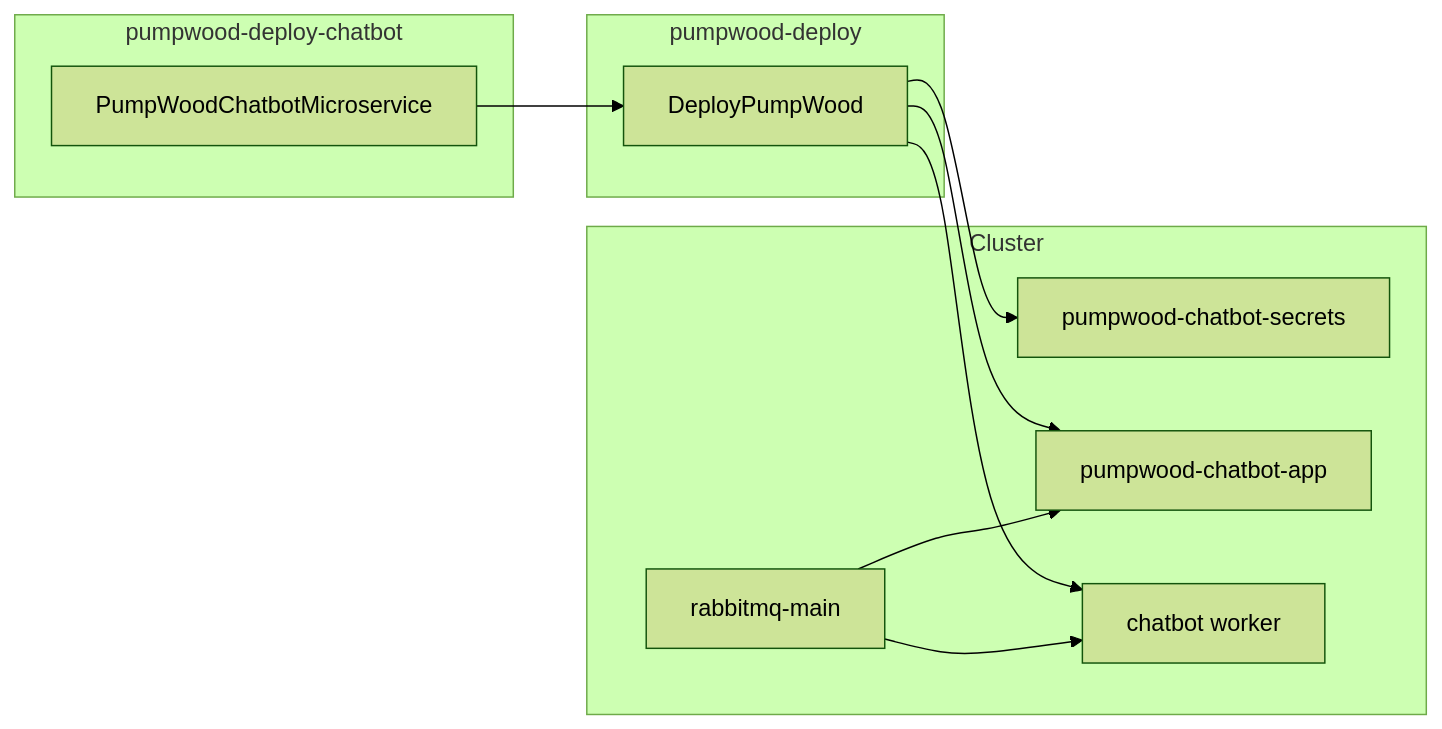
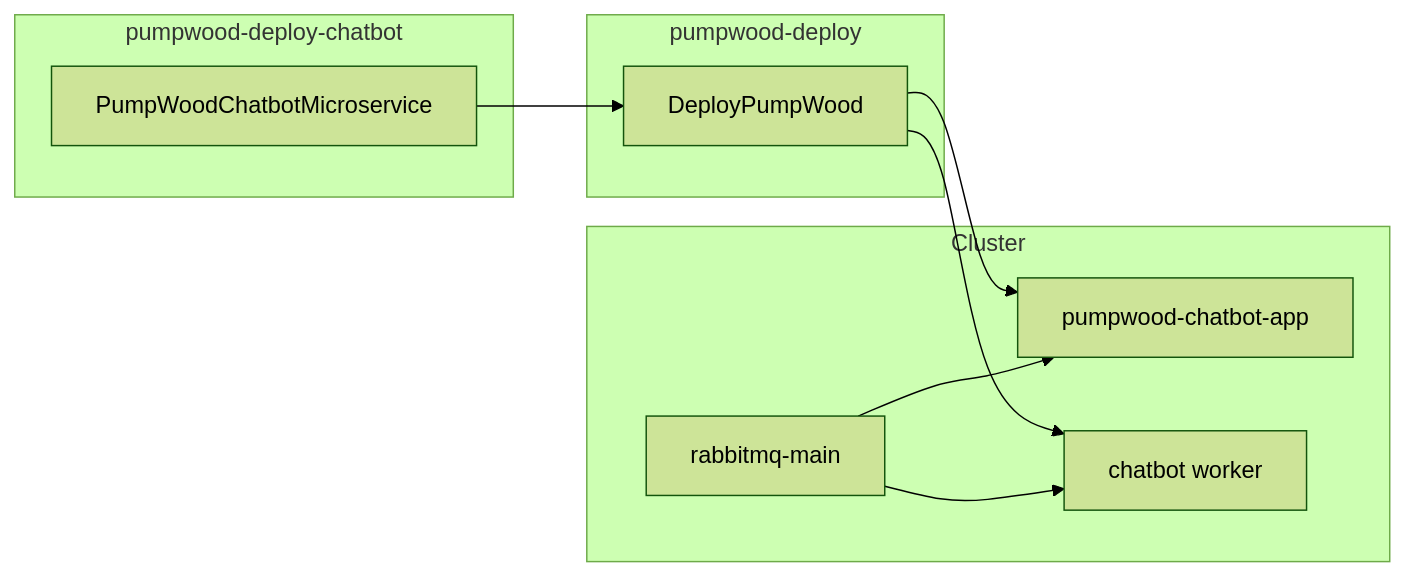
The diagram in README.md (Murabei-OpenSource-Codes/pumpwood-deploy-chatbot), drawn with Mermaid (forest theme) before and after one commit.

Commit message:
chores: update readme

````diff
--- a/README.md
+++ b/README.md
@@ -43,21 +43,19 @@
 ```mermaid
 flowchart LR
     subgraph pkg [pumpwood-deploy-chatbot]
         A[PumpWoodChatbotMicroservice]
     end
     subgraph core [pumpwood-deploy]
         B[DeployPumpWood]
     end
     subgraph cluster [Cluster]
-        S[pumpwood-chatbot-secrets]
         APP[pumpwood-chatbot-app]
         W[chatbot worker]
         RMQ[rabbitmq-main]
     end
     A --> B
-    B --> S
     B --> APP
     B --> W
     RMQ --> APP
     RMQ --> W
 ```
````
